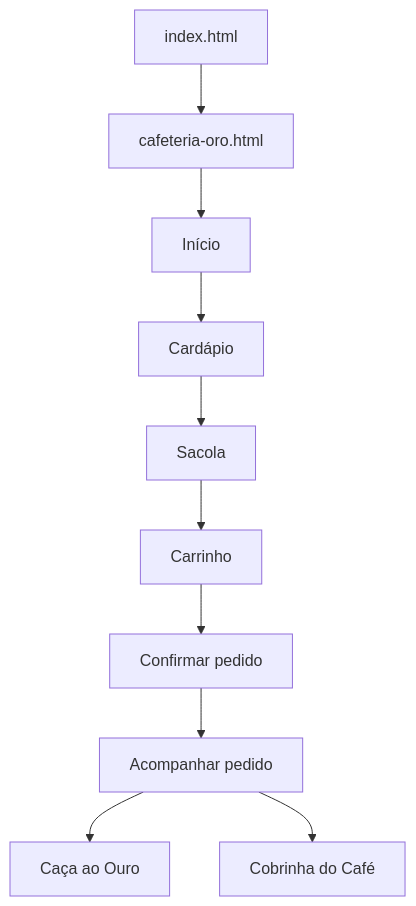
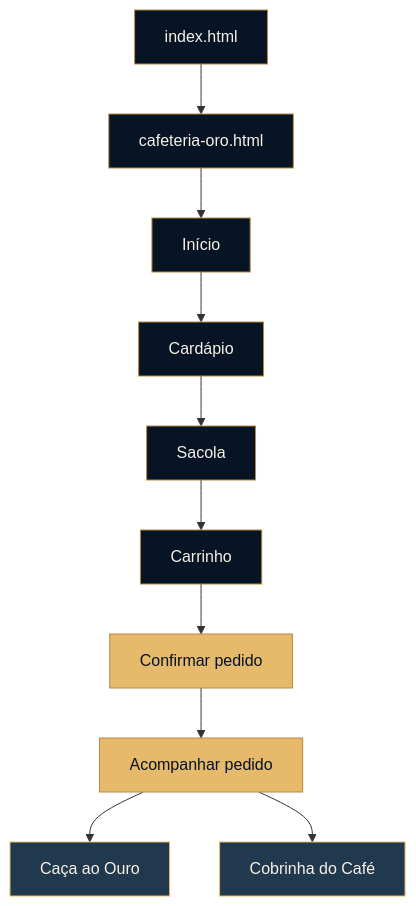
Before and after one commit to hildebertosampaiojr-bot/Cafeteria---Trabalho-javascript: the diagram in README.md, drawn with Mermaid. The commit also changed other lines of this file, not shown here.

````diff
--- a/README.md
+++ b/README.md
@@ -109,12 +152,18 @@
 ```mermaid
 flowchart TD
     A[index.html] --> B[cafeteria-oro.html]
     B --> C[Início]
     C --> D[Cardápio]
     D --> E[Sacola]
     E --> F[Carrinho]
     F --> G[Confirmar pedido]
     G --> H[Acompanhar pedido]
     H --> I[Caça ao Ouro]
     H --> J[Cobrinha do Café]
+    classDef base fill:#061426,stroke:#B78A42,color:#F8F1E4;
+    classDef order fill:#E7B96A,stroke:#B78A42,color:#061426;
+    classDef game fill:#20394E,stroke:#E7B96A,color:#F8F1E4;
+    class A,B,C,D,E,F base;
+    class G,H order;
+    class I,J game;
 ```
````
